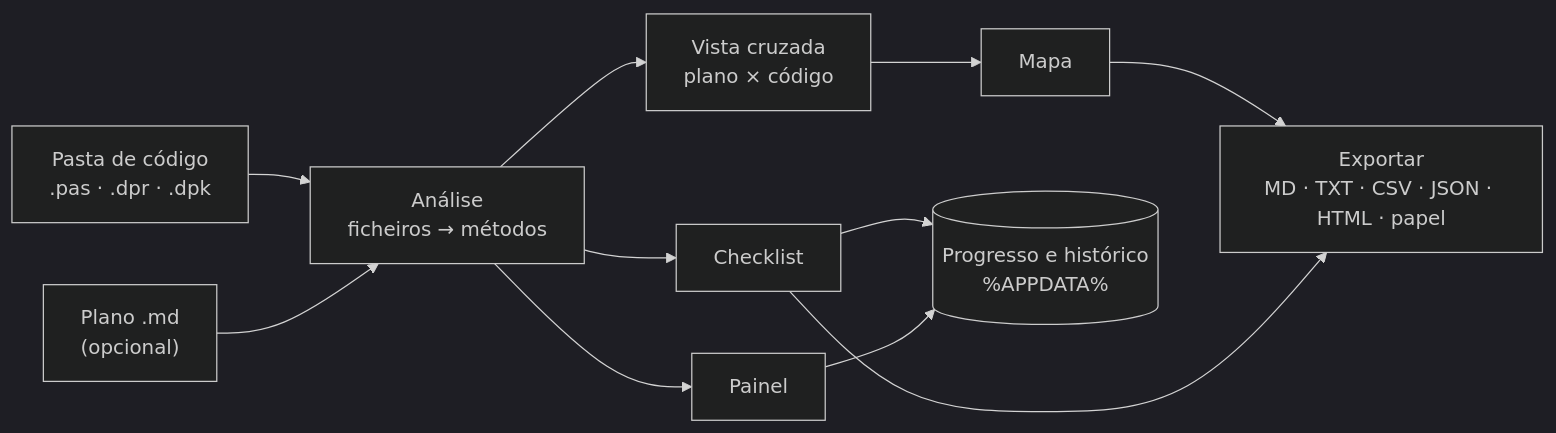
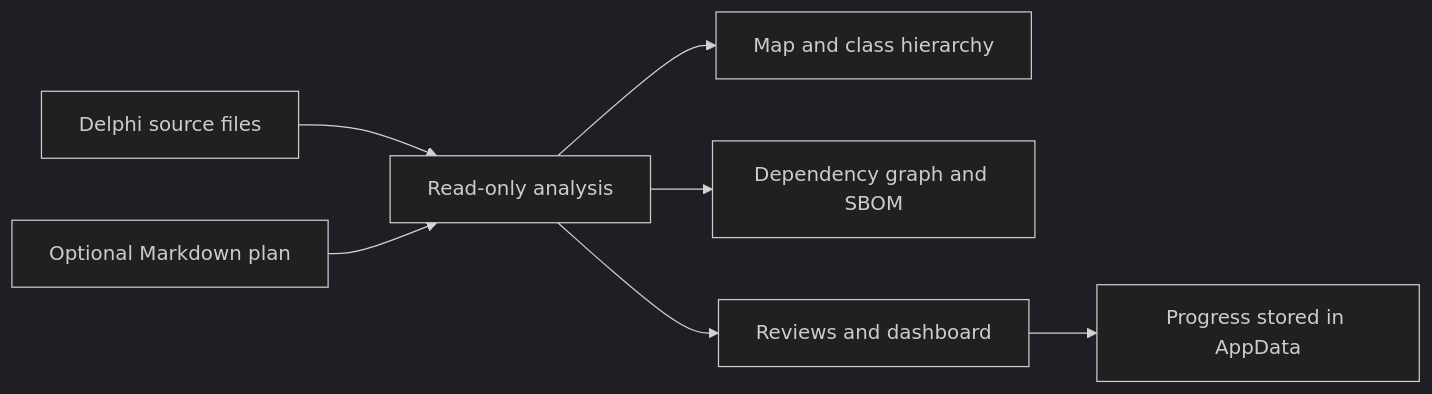
One commit to JFSF/CodeManager changed the diagram in README.md. Above: the diagram before and after it, drawn with Mermaid (dark theme). The commit also changed other lines of this file and 3 other files, not shown here.

````diff
--- a/README.md
+++ b/README.md
@@ -206,13 +87,9 @@
 ```mermaid
 flowchart LR
-    C["Pasta de código<br/>.pas · .dpr · .dpk"] --> A["Análise<br/>ficheiros → métodos"]
-    P["Plano .md<br/>(opcional)"] --> A
-    A --> V["Vista cruzada<br/>plano × código"]
-    V --> M["Mapa"]
-    A --> K["Checklist"]
-    A --> D["Painel"]
-    K --> S[("Progresso e histórico<br/>%APPDATA%")]
-    D --> S
-    M --> X["Exportar<br/>MD · TXT · CSV · JSON · HTML · papel"]
-    K --> X
+    S["Delphi source files"] --> A["Read-only analysis"]
+    P["Optional Markdown plan"] --> A
+    A --> M["Map and class hierarchy"]
+    A --> G["Dependency graph and SBOM"]
+    A --> R["Reviews and dashboard"]
+    R --> H["Progress stored in AppData"]
 ```
````
